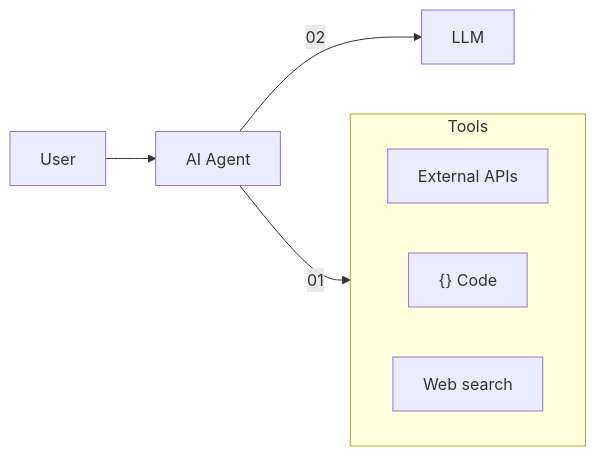
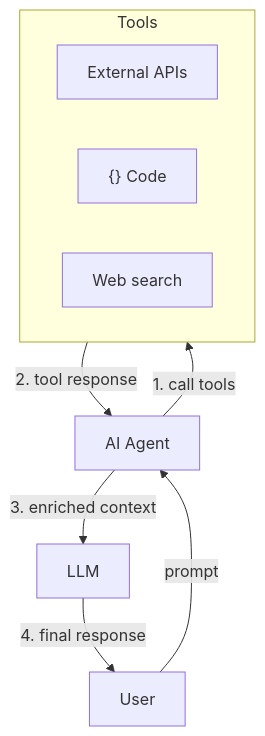
The second of 2 diagrams in 001/README.md (jpraychev/youtube), drawn with Mermaid before and after one commit.

````diff
--- a/001/README.md
+++ b/001/README.md
@@ -67,14 +67,16 @@
 ```mermaid
-flowchart LR
-    User[User] --> Agent[AI Agent]
-    Agent --> | 01 | Tools
+flowchart TD
+    User[User] -->|prompt| Agent[AI Agent]
+    Agent -->|1. call tools| Tools
 
-    subgraph Tools["  Tools  "]
+    subgraph Tools["Tools"]
         direction LR
         T1["External APIs"]
         T2["{} Code"]
         T3["Web search"]
     end
 
-    Agent --> | 02 | LLM[LLM]
+    Tools -->|2. tool response| Agent
+    Agent -->|3. enriched context| LLM[LLM]
+    LLM -->|4. final response| User
 ```
````
